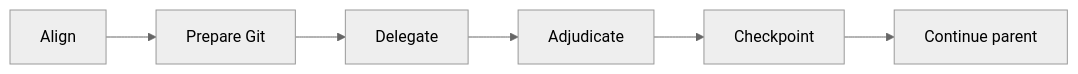
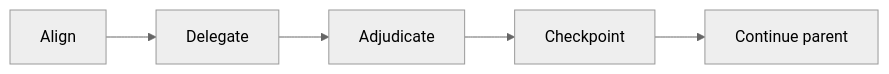
One commit to MP281X/ai-toolkit changed the diagram in .opencode/agents/primary.md. Above: the diagram before and after it, drawn with Mermaid (neutral theme). The commit also changed other lines of this file and 16 other files, not shown here.

````diff
--- a/.opencode/agents/primary.md
+++ b/.opencode/agents/primary.md
@@ -19,4 +19,4 @@
 ```mermaid
 flowchart LR
-	A[Align] --> G[Prepare Git] --> D[Delegate] --> J[Adjudicate] --> C[Checkpoint] --> P[Continue parent]
+	A[Align] --> D[Delegate] --> J[Adjudicate] --> C[Checkpoint] --> P[Continue parent]
 ```
````
